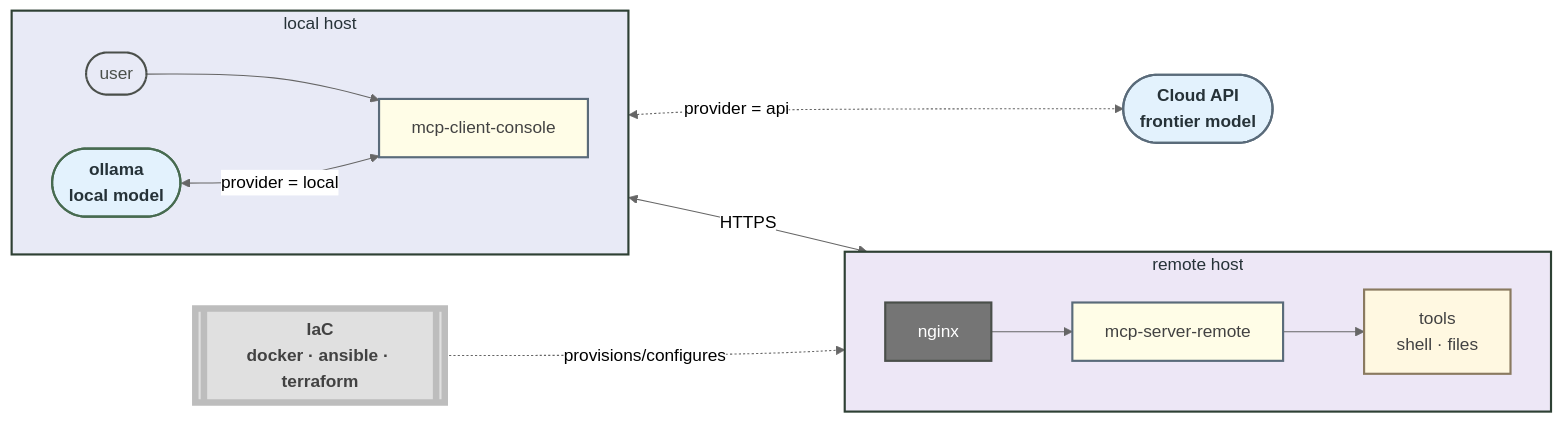
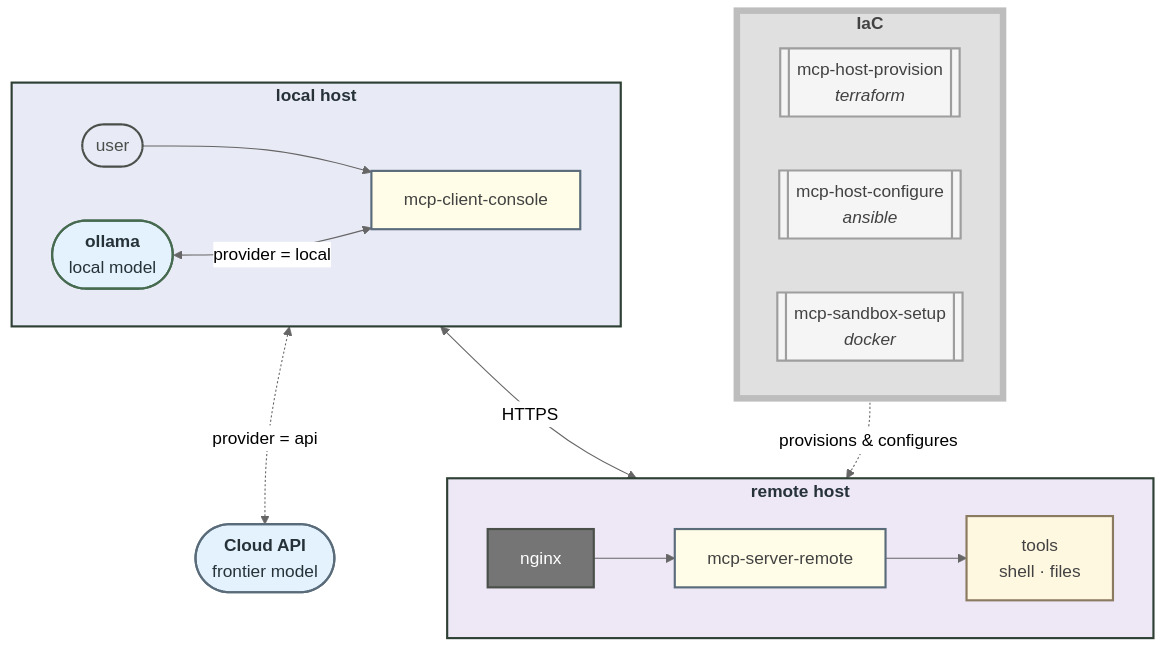
One commit to geomux/geomux changed the diagram in README.md. Above: the diagram before and after it, drawn with Mermaid (neutral theme). The commit also changed other lines of this file, not shown here.

Commit message:
docs(README.md): clean up mermaid flowchart.

````diff
--- a/README.md
+++ b/README.md
@@ -11,28 +29,38 @@
 ```mermaid
-flowchart LR
-    subgraph RHOST["remote host"]
+flowchart TB
+    subgraph IAC["<b>IaC</b>"]
+        direction LR
+        P[["mcp-host-provision<br/><i>terraform</i>"]]:::iac
+        CF[["mcp-host-configure<br/><i>ansible</i>"]]:::iac
+        SB[["mcp-sandbox-setup<br/><i>docker</i>"]]:::iac
+    end
+
+    subgraph LHOST["<b>local host</b>"]
+        direction LR
+        U([user]):::me --> C["mcp-client-console"]:::pkg
+        M(["<b>ollama</b><br/>local model"]):::model <-->|provider = local| C
+    end
+
+    subgraph RHOST["<b>remote host</b>"]
         direction LR
         N["nginx"]:::plumb --> S["mcp-server-remote"]:::pkg --> T["tools<br/>shell · files"]:::tools
     end
 
-    subgraph LHOST["local host"]
-        direction LR
-        U([user]):::me --> C["mcp-client-console"]:::pkg
-        M(["<b>ollama<b><br/>local model"]):::model <-->|provider = local| C
-    end
+    API(["<b>Cloud API</b><br/>frontier model"]):::cloud
 
-    API(["<b>Cloud API"<b><br/>frontier model]):::cloud
+    IAC -.->|provisions & configures| RHOST
     C <-->|HTTPS| N
     C <-.->|provider = api| API
-    IAC[["<b>IaC<b><br/>docker · ansible · terraform"]]:::iac -.->|provisions/configures| RHOST
 
     classDef me fill:none,stroke:#4A4F4A,stroke-width:2px,color:#4A4F4A
     classDef pkg fill:#FFFDE7,stroke:#5A6B7A,stroke-width:2px,color:#424242
     classDef plumb fill:#757575,stroke:#4A4F4A,stroke-width:2px,color:#FFFFFF
     classDef tools fill:#FFF8E1,stroke:#8A7A60,stroke-width:2px,color:#424242
-    classDef iac fill:#E0E0E0,stroke:#BDBDBD,stroke-width:6px,color:#424242
+    classDef iac fill:#F5F5F5,stroke:#9E9E9E,stroke-width:2px,color:#424242
     classDef model fill:#E3F2FD,stroke:#476B50,stroke-width:2px,color:#263238
     classDef cloud fill:#E3F2FD,stroke:#5A6B7A,stroke-width:2px,color:#263238
     style RHOST fill:#EDE7F6,stroke:#2E4034,stroke-width:2px,color:#263238
     style LHOST fill:#E8EAF6,stroke:#2E4034,stroke-width:2px,color:#263238
+    style IAC fill:#E0E0E0,stroke:#BDBDBD,stroke-width:6px,color:#424242
+
 ```
````
